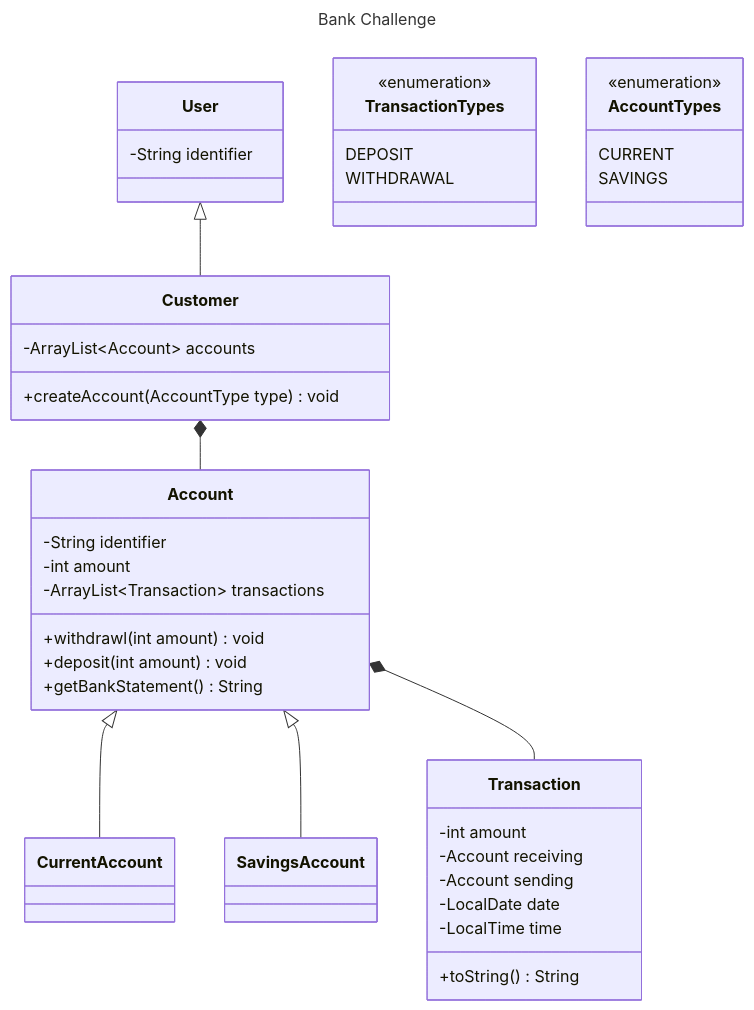
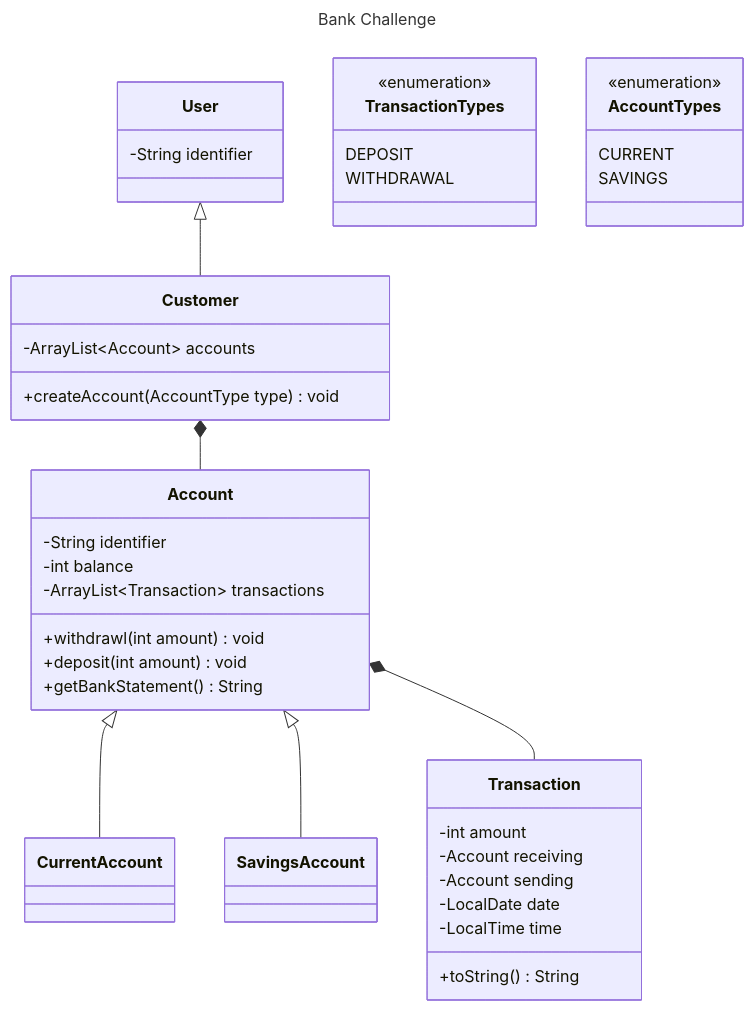
One commit to boolean-uk/java-tdd-oop-bank-challenge changed the diagram in class-diagram.mmd. Above: the diagram before and after it, drawn with Mermaid. The commit also changed 12 other files, not shown here.

```diff
--- a/class-diagram.mmd
+++ b/class-diagram.mmd
@@ -1,53 +1,53 @@
 ---
 title: Bank Challenge
 ---
 classDiagram
     User <|-- Customer
     Customer *-- Account
 
     Account <|-- CurrentAccount
     Account <|-- SavingsAccount
     Account *-- Transaction
     class User{
         -String identifier
     }
     class Customer{
         -ArrayList~Account~ accounts
         +createAccount(AccountType type) void
     }
     class Account{
         -String identifier
-        -int amount
+        -int balance
         -ArrayList~Transaction~ transactions
         +withdrawl(int amount) void
         +deposit(int amount) void
         +getBankStatement() String
 
     }
     class CurrentAccount{
 
     }
     class SavingsAccount{
 
     }
     class Transaction{
         -int amount
         -Account receiving
         -Account sending
         -LocalDate date
         -LocalTime time
         +toString() String
     }
 
 
     class TransactionTypes{
         DEPOSIT
         WITHDRAWAL
 
     }
     <<enumeration>> TransactionTypes
     class AccountTypes{
         CURRENT
         SAVINGS
     }
     <<enumeration>> AccountTypes
```
